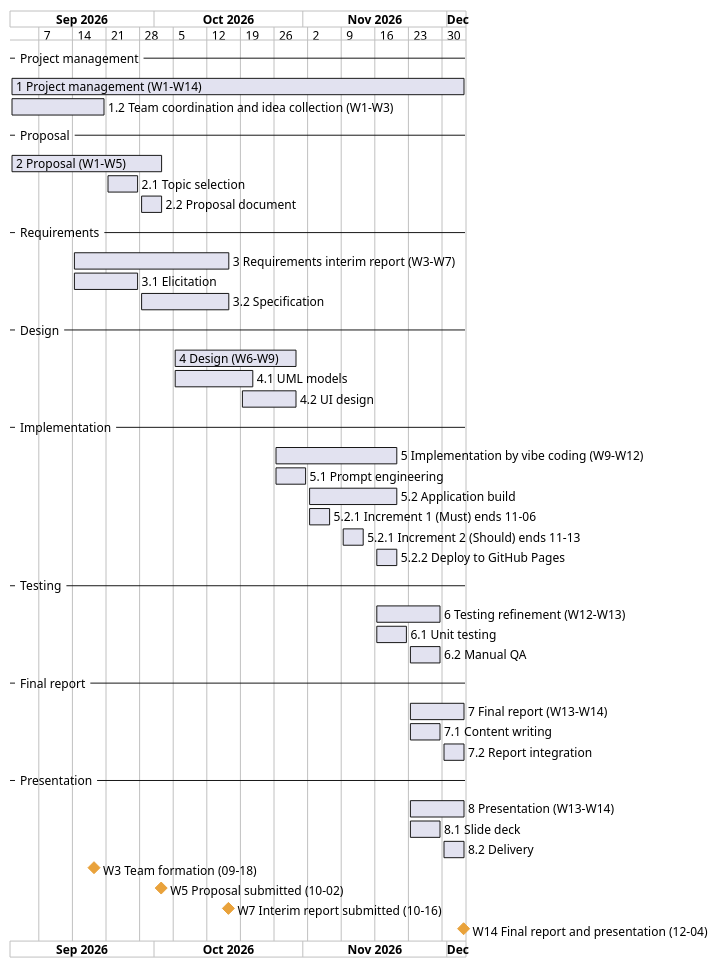
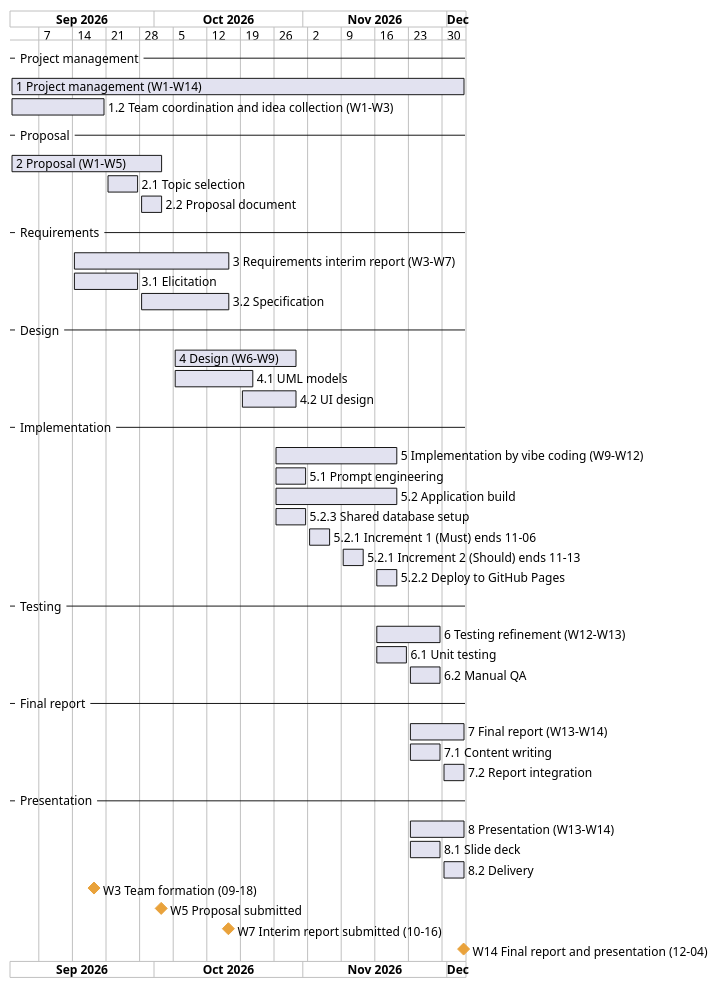
The diagram in uml/src/gantt.puml (keemlogan/shiftswap), drawn with PlantUML before and after one commit. The commit also changed 8 other files, not shown here.

First line of the commit message:
Proposal: apply teammate review (related work, part-time overtime, shared database, format)

```diff
--- a/uml/src/gantt.puml
+++ b/uml/src/gantt.puml
@@ -1,91 +1,92 @@
 @startgantt gantt
 !pragma layout smetana
 skinparam defaultFontName "Helvetica"
 skinparam defaultFontSize 12
 skinparam shadowing false
 skinparam backgroundColor #FFFFFF
 skinparam ganttDiagram {
   BackgroundColor #FFFFFF
   BarColor #DDE1E8
   BarFontColor #1C2230
   progressColor #4A5163
   milestoneBackgroundColor #E9A23B
   milestoneFontColor #1C2230
   TimelineBackgroundColor #FFFFFF
   TodayLineColor #C93A31
 }
 
 Project starts 2026-09-01
 printscale weekly with calendar date
 language en
 
 ' Project weeks per spec.md §14: week n starts Monday 2026-08-31 + 7(n-1);
 ' every week (including W14) is a normal Mon-Sun span. The course's final
 ' deadline (final report & presentation) is Friday 2026-12-04, inside W14 -
 ' not the week's own end (2026-12-06) - so task/milestone bars below that
 ' represent deliverables end on 12-04, the deadline date, not on W14's
 ' calendar boundary.
 ' W1 08-31..09-06  W2 09-07..09-13  W3 09-14..09-20  W4 09-21..09-27
 ' W5 09-28..10-04  W6 10-05..10-11  W7 10-12..10-18  W8 10-19..10-25
 ' W9 10-26..11-01  W10 11-02..11-08 W11 11-09..11-15 W12 11-16..11-22
 ' W13 11-23..11-29 W14 11-30..12-06 (deadline Fri 12-04)
 
 -- Project management --
 [1 Project management (W1-W14)] starts 2026-09-01 and ends 2026-12-04
 [1.2 Team coordination and idea collection (W1-W3)] starts 2026-09-01 and ends 2026-09-20
 
 -- Proposal --
 [2 Proposal (W1-W5)] starts 2026-09-01 and ends 2026-10-02
 [2.1 Topic selection] starts 2026-09-21 and ends 2026-09-27
 [2.2 Proposal document] starts 2026-09-28 and ends 2026-10-02
 
 -- Requirements --
 [3 Requirements interim report (W3-W7)] starts 2026-09-14 and ends 2026-10-16
 [3.1 Elicitation] starts 2026-09-14 and ends 2026-09-27
 [3.2 Specification] starts 2026-09-28 and ends 2026-10-16
 
 -- Design --
 [4 Design (W6-W9)] starts 2026-10-05 and ends 2026-10-30
 [4.1 UML models] starts 2026-10-05 and ends 2026-10-21
 [4.2 UI design] starts 2026-10-19 and ends 2026-10-30
 
 -- Implementation --
 [5 Implementation by vibe coding (W9-W12)] starts 2026-10-26 and ends 2026-11-20
 [5.1 Prompt engineering] starts 2026-10-26 and ends 2026-11-01
-[5.2 Application build] starts 2026-11-02 and ends 2026-11-20
+[5.2 Application build] starts 2026-10-26 and ends 2026-11-20
+[5.2.3 Shared database setup] starts 2026-10-26 and ends 2026-11-01
 [5.2.1 Increment 1 (Must) ends 11-06] starts 2026-11-02 and ends 2026-11-06
 [5.2.1 Increment 2 (Should) ends 11-13] starts 2026-11-09 and ends 2026-11-13
 [5.2.2 Deploy to GitHub Pages] starts 2026-11-16 and ends 2026-11-20
 
 -- Testing --
 [6 Testing refinement (W12-W13)] starts 2026-11-16 and ends 2026-11-29
 [6.1 Unit testing] starts 2026-11-16 and ends 2026-11-22
 [6.2 Manual QA] starts 2026-11-23 and ends 2026-11-29
 
 -- Final report --
 [7 Final report (W13-W14)] starts 2026-11-23 and ends 2026-12-04
 [7.1 Content writing] starts 2026-11-23 and ends 2026-11-29
 [7.2 Report integration] starts 2026-11-30 and ends 2026-12-04
 
 -- Presentation --
 [8 Presentation (W13-W14)] starts 2026-11-23 and ends 2026-12-04
 [8.1 Slide deck] starts 2026-11-23 and ends 2026-11-29
 [8.2 Delivery] starts 2026-11-30 and ends 2026-12-04
 
 [W3 Team formation (09-18)] happens 2026-09-18
 [W3 Team formation (09-18)] is colored in #E9A23B
 
-[W5 Proposal submitted (10-02)] happens 2026-10-02
-[W5 Proposal submitted (10-02)] is colored in #E9A23B
+[W5 Proposal submitted] happens 2026-10-02
+[W5 Proposal submitted] is colored in #E9A23B
 
 [W7 Interim report submitted (10-16)] happens 2026-10-16
 [W7 Interim report submitted (10-16)] is colored in #E9A23B
 
 [W14 Final report and presentation (12-04)] happens 2026-12-04
 [W14 Final report and presentation (12-04)] is colored in #E9A23B
 
 ' (no explicit dependency arrows into the milestones: their connector lines
 ' were rendering on top of the milestone text and corrupting it visually;
 ' the milestone diamonds already sit at the correct calendar date on the
 ' shared axis, so the arrows added clutter without adding information)
 @endgantt
```
